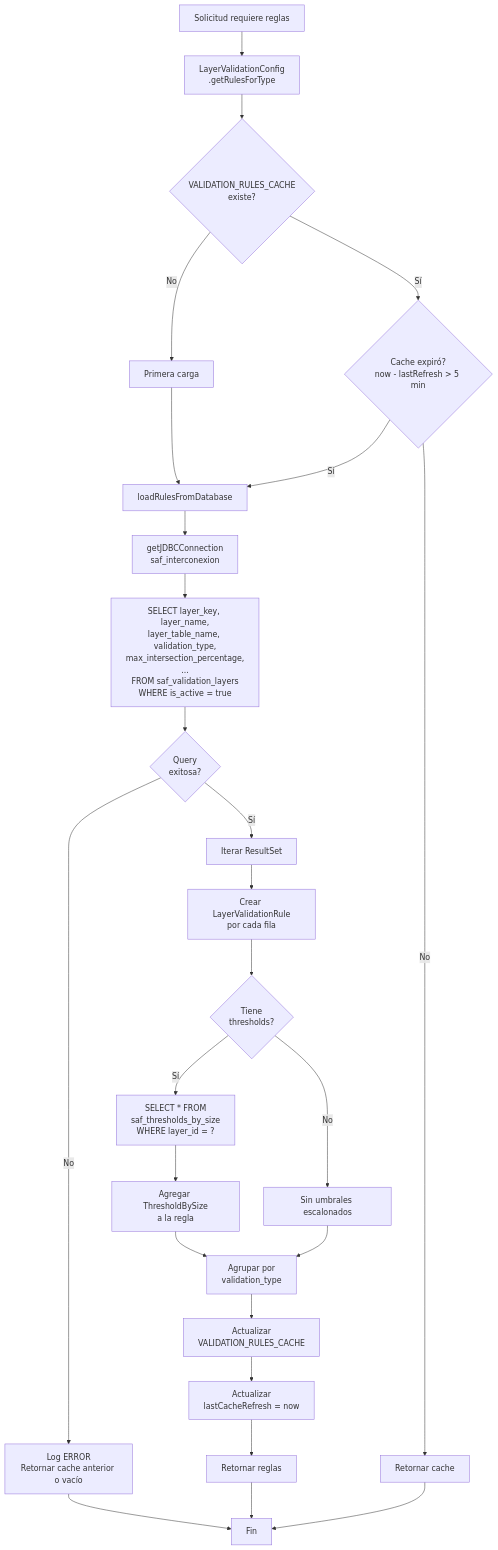
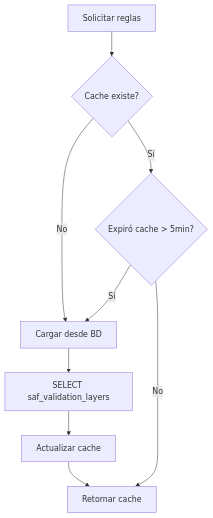
Before and after one commit to Linkmae/validacionCapasBosques: the third of 6 diagrams in Documentos/MANUAL_OPERACION_MANTENIMIENTO.md, drawn with Mermaid. The commit also changed other lines of this file, not shown here.

First line of the commit message:
Simplificar diagramas del Manual de Operación y Mantenimiento

````diff
--- a/Documentos/MANUAL_OPERACION_MANTENIMIENTO.md
+++ b/Documentos/MANUAL_OPERACION_MANTENIMIENTO.md
@@ -272,34 +206,11 @@
 ```mermaid
 flowchart TB
-    A[Solicitud requiere reglas] --> B[LayerValidationConfig<br/>.getRulesForType]
-    B --> C{VALIDATION_RULES_CACHE<br/>existe?}
-    C -->|No| D[Primera carga]
-    C -->|Sí| E{Cache expiró?<br/>now - lastRefresh > 5 min}
-    
-    D --> F[loadRulesFromDatabase]
-    E -->|Sí| F
-    E -->|No| G[Retornar cache]
-    
-    F --> H[getJDBCConnection<br/>saf_interconexion]
-    H --> I[SELECT layer_key, layer_name,<br/>layer_table_name, validation_type,<br/>max_intersection_percentage,<br/>...<br/>FROM saf_validation_layers<br/>WHERE is_active = true]
-    
-    I --> J{Query<br/>exitosa?}
-    J -->|No| K[Log ERROR<br/>Retornar cache anterior o vacío]
-    J -->|Sí| L[Iterar ResultSet]
-    
-    L --> M[Crear LayerValidationRule<br/>por cada fila]
-    M --> N{Tiene<br/>thresholds?}
-    N -->|Sí| O[SELECT * FROM<br/>saf_thresholds_by_size<br/>WHERE layer_id = ?]
-    O --> P[Agregar ThresholdBySize<br/>a la regla]
-    N -->|No| Q[Sin umbrales escalonados]
-    
-    P --> R[Agrupar por<br/>validation_type]
-    Q --> R
-    R --> S[Actualizar<br/>VALIDATION_RULES_CACHE]
-    S --> T[Actualizar<br/>lastCacheRefresh = now]
-    T --> U[Retornar reglas]
-    
-    K --> Z[Fin]
-    G --> Z
-    U --> Z
+    A[Solicitar reglas] --> B{Cache existe?}
+    B -->|No| C[Cargar desde BD]
+    B -->|Sí| D{Expiró cache > 5min?}
+    D -->|Sí| C
+    D -->|No| E[Retornar cache]
+    C --> F[SELECT saf_validation_layers]
+    F --> G[Actualizar cache]
+    G --> E
 ```
````
